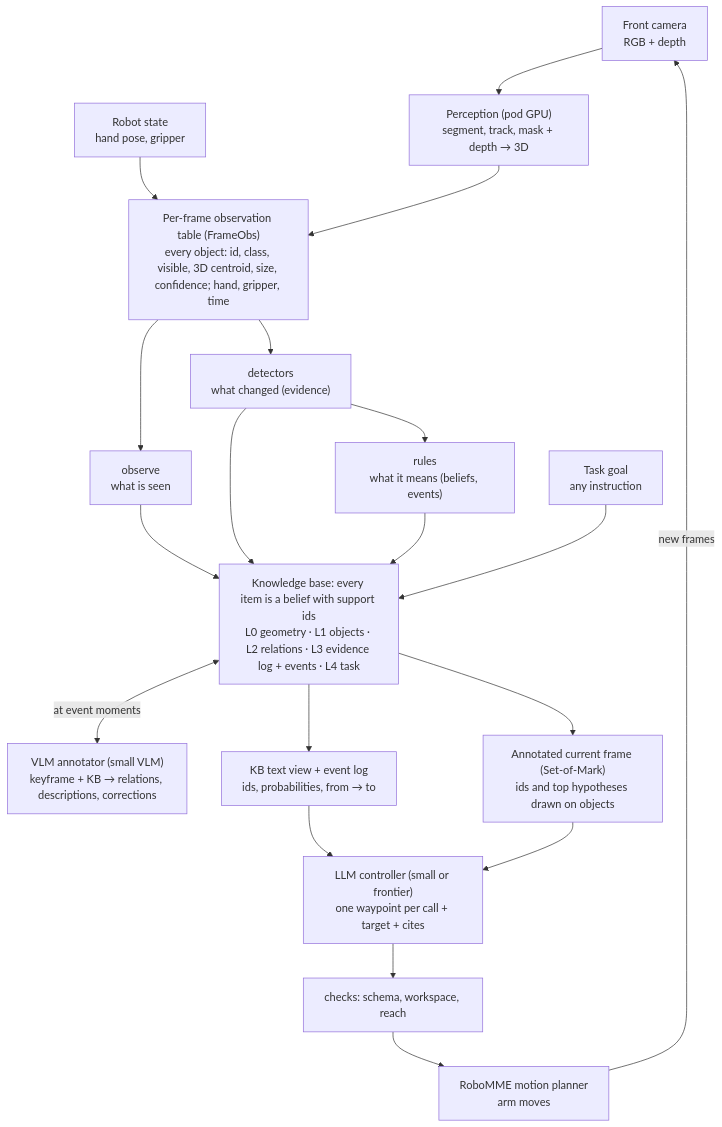
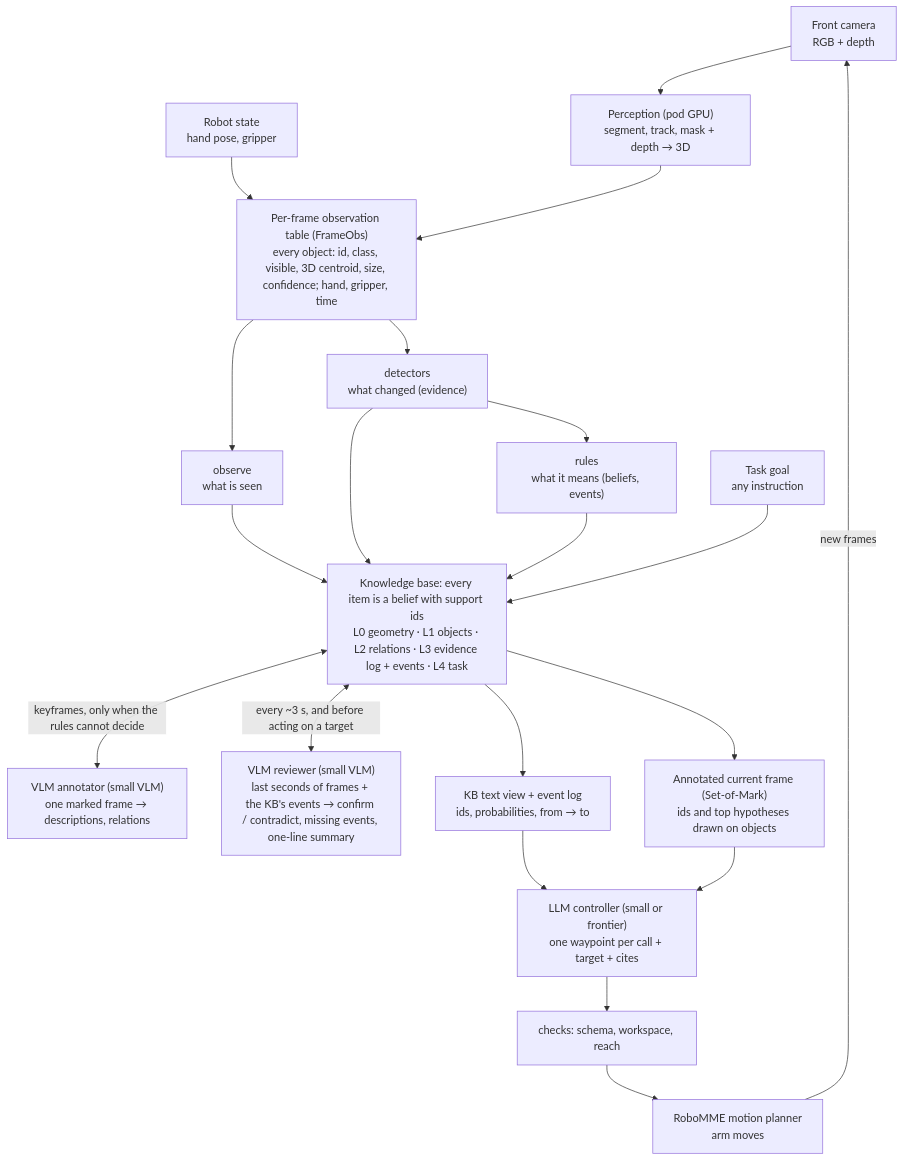
Before and after one commit to vinzppp/arbiterkb: the diagram in DEVELOPMENT.md, drawn with Mermaid. The commit also changed other lines of this file and 2 other files, not shown here.

Commit message:
Spec v1.8: four roles (rules, annotator, periodic VLM reviewer, controller); reviewer every ~3 s + before acting: confirm/contradict KB events, missing events, identity, one-line summary; §2.1-2.7, §3.7 protocol, M4 item 10; NOTES, HANDOFF latest results

````diff
--- a/DEVELOPMENT.md
+++ b/DEVELOPMENT.md
@@ -70,21 +70,22 @@
 ```mermaid
 flowchart TB
   CAM["Front camera<br/>RGB + depth"] --> PER["Perception (pod GPU)<br/>segment, track, mask + depth → 3D"]
   RS["Robot state<br/>hand pose, gripper"] --> OBS
   PER --> OBS["Per-frame observation table (FrameObs)<br/>every object: id, class, visible, 3D centroid, size, confidence; hand, gripper, time"]
   OBS --> O["observe<br/>what is seen"]
   OBS --> D["detectors<br/>what changed (evidence)"]
   D --> R["rules<br/>what it means (beliefs, events)"]
   O --> KB
   D --> KB
   R --> KB
   GOAL["Task goal<br/>any instruction"] --> KB
   KB["Knowledge base: every item is a belief with support ids<br/>L0 geometry · L1 objects · L2 relations · L3 evidence log + events · L4 task"]
-  KB <-->|"at event moments"| ANN["VLM annotator (small VLM)<br/>keyframe + KB → relations, descriptions, corrections"]
+  KB <-->|"keyframes, only when the rules cannot decide"| ANN["VLM annotator (small VLM)<br/>one marked frame → descriptions, relations"]
+  KB <-->|"every ~3 s, and before acting on a target"| REV["VLM reviewer (small VLM)<br/>last seconds of frames + the KB's events → confirm / contradict, missing events, one-line summary"]
   KB --> V1["KB text view + event log<br/>ids, probabilities, from → to"]
   KB --> V2["Annotated current frame (Set-of-Mark)<br/>ids and top hypotheses drawn on objects"]
   V1 --> C["LLM controller (small or frontier)<br/>one waypoint per call + target + cites"]
   V2 --> C
   C --> CHK["checks: schema, workspace, reach"] --> MP["RoboMME motion planner<br/>arm moves"]
   MP -->|"new frames"| CAM
 ```
````
